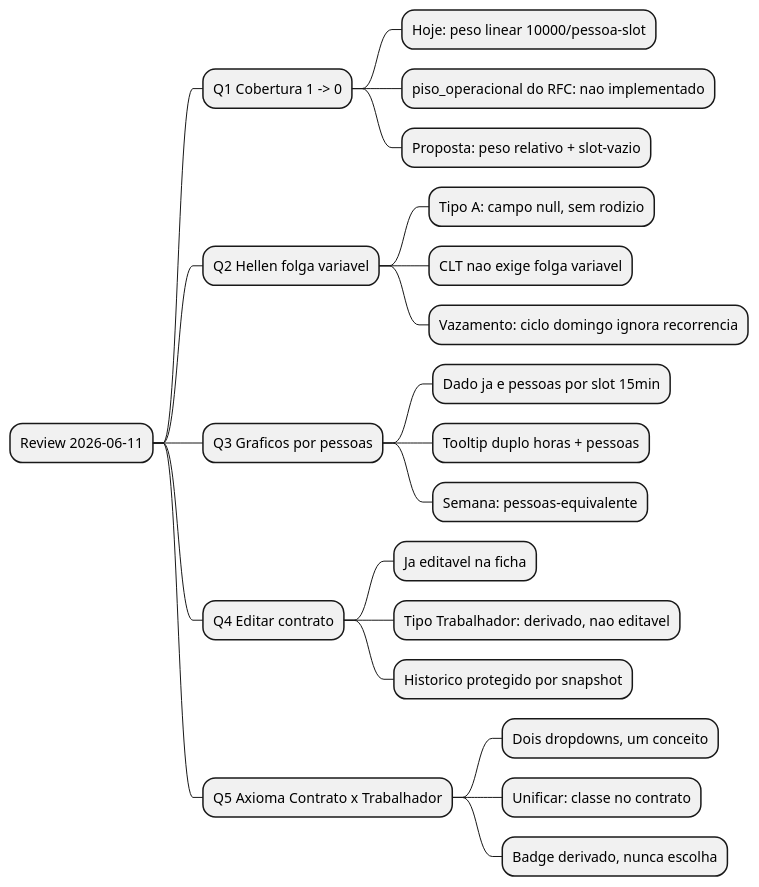
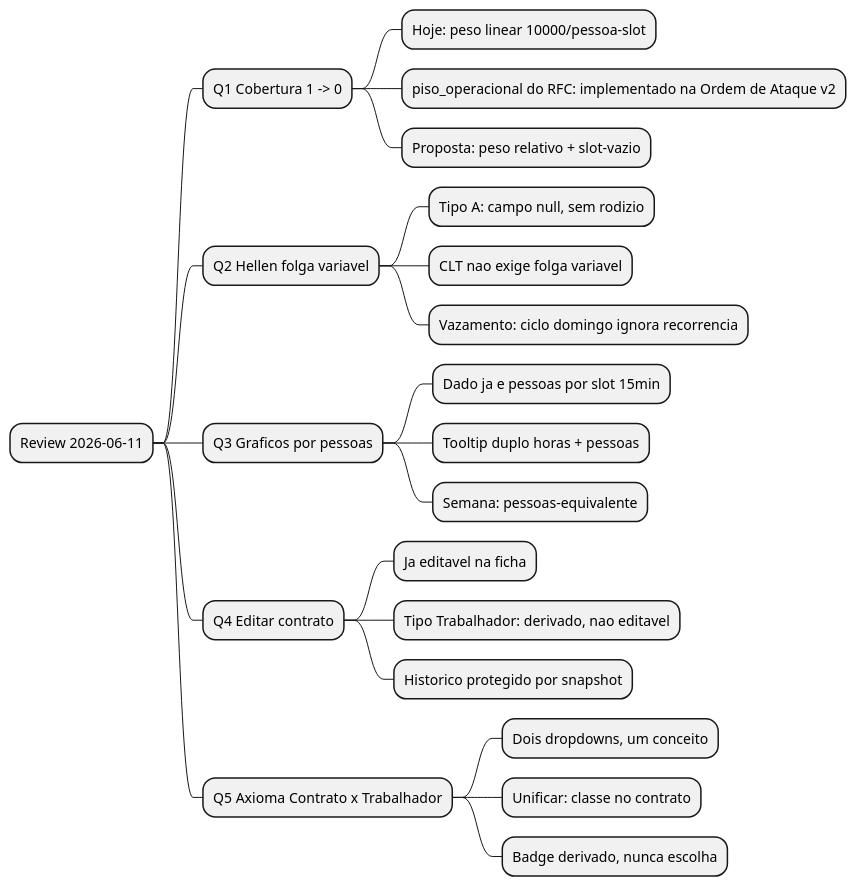
One commit to nmarcofernandess/escalaflow changed the first of 3 diagrams in docs/analyst-review-2026-06-11-5-questoes-motor-graficos-contrato.md. Above: the diagram before and after it, drawn with PlantUML. The commit also changed other lines of this file, not shown here.

````diff
--- a/docs/analyst-review-2026-06-11-5-questoes-motor-graficos-contrato.md
+++ b/docs/analyst-review-2026-06-11-5-questoes-motor-graficos-contrato.md
@@ -16,25 +16,25 @@
 ```plantuml
 @startmindmap
 * Review 2026-06-11
 ** Q1 Cobertura 1 -> 0
 *** Hoje: peso linear 10000/pessoa-slot
-*** piso_operacional do RFC: nao implementado
+*** piso_operacional do RFC: implementado na Ordem de Ataque v2
 *** Proposta: peso relativo + slot-vazio
 ** Q2 Hellen folga variavel
 *** Tipo A: campo null, sem rodizio
 *** CLT nao exige folga variavel
 *** Vazamento: ciclo domingo ignora recorrencia
 ** Q3 Graficos por pessoas
 *** Dado ja e pessoas por slot 15min
 *** Tooltip duplo horas + pessoas
 *** Semana: pessoas-equivalente
 ** Q4 Editar contrato
 *** Ja editavel na ficha
 *** Tipo Trabalhador: derivado, nao editavel
 *** Historico protegido por snapshot
 ** Q5 Axioma Contrato x Trabalhador
 *** Dois dropdowns, um conceito
 *** Unificar: classe no contrato
 *** Badge derivado, nunca escolha
 @endmindmap
 ```
````
